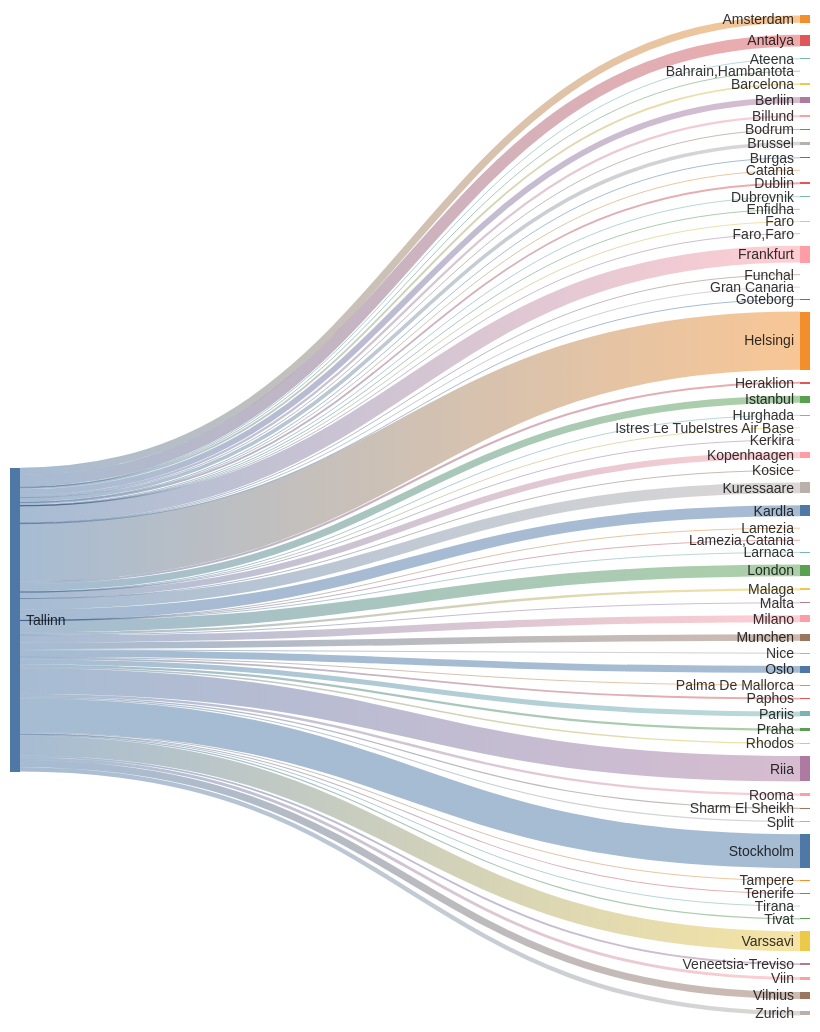
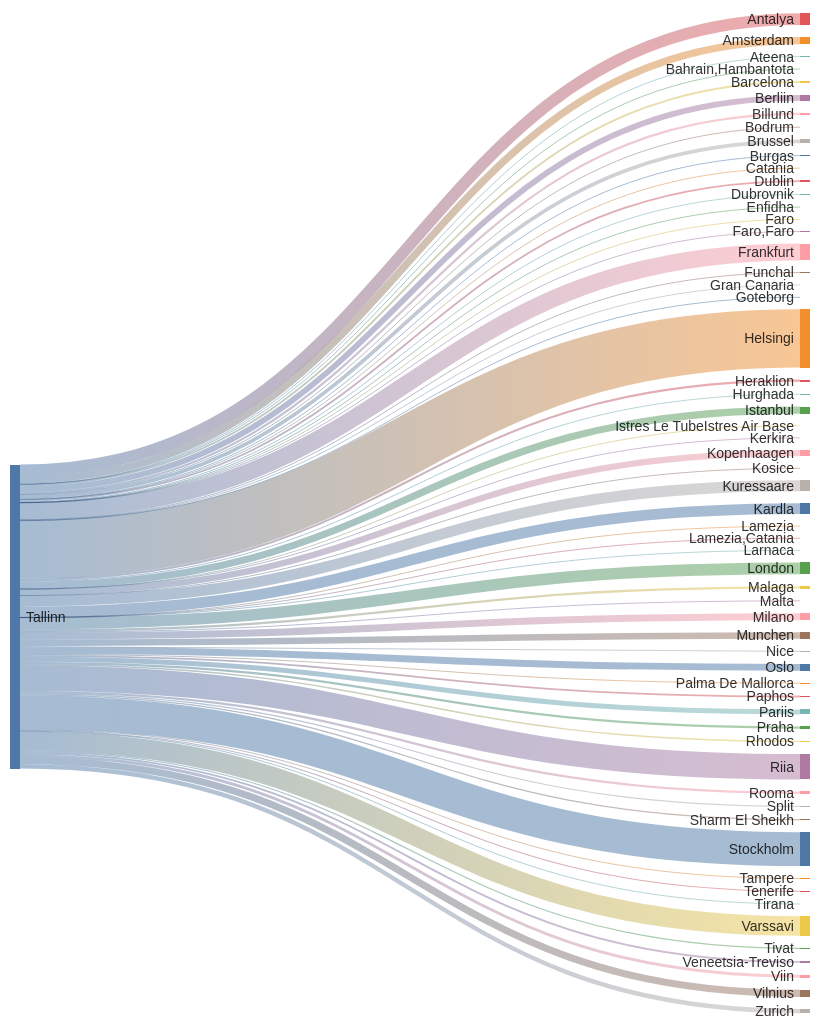
One commit to rainermesi/tll-airport-departures changed the second of 2 diagrams in README.md. Above: the diagram before and after it, drawn with Mermaid. The commit also changed other lines of this file, not shown here.

````diff
--- a/README.md
+++ b/README.md
@@ -34,72 +34,72 @@
 ```mermaid
 ---
 config:
   sankey:
     showValues: false
     width: 800
     height: 1000
 ---
 sankey-beta
 %% source,target,value
-Tallinn,Amsterdam,160
+Tallinn,Amsterdam,162
 Tallinn,Antalya,254
 Tallinn,Ateena,16
 Tallinn,"Bahrain,Hambantota",1
 Tallinn,Barcelona,41
 Tallinn,Berliin,128
 Tallinn,Billund,49
 Tallinn,Bodrum,11
-Tallinn,Brussel,79
+Tallinn,Brussel,80
 Tallinn,Burgas,21
 Tallinn,Catania,2
 Tallinn,Dublin,40
 Tallinn,Dubrovnik,21
 Tallinn,Enfidha,7
 Tallinn,Faro,4
 Tallinn,"Faro,Faro",1
-Tallinn,Frankfurt,368
+Tallinn,Frankfurt,371
 Tallinn,Funchal,5
 Tallinn,Gran Canaria,15
 Tallinn,Goteborg,1
-Tallinn,Helsingi,1268
+Tallinn,Helsingi,1277
 Tallinn,Heraklion,46
 Tallinn,Hurghada,21
-Tallinn,Istanbul,154
+Tallinn,Istanbul,155
 Tallinn,Istres Le TubeIstres Air Base,2
 Tallinn,Kerkira,4
-Tallinn,Kopenhaagen,138
+Tallinn,Kopenhaagen,139
 Tallinn,Kosice,1
-Tallinn,Kuressaare,237
-Tallinn,Kardla,237
+Tallinn,Kuressaare,239
+Tallinn,Kardla,239
 Tallinn,Lamezia,1
 Tallinn,"Lamezia,Catania",3
 Tallinn,Larnaca,4
-Tallinn,London,254
-Tallinn,Malaga,51
+Tallinn,London,256
+Tallinn,Malaga,52
 Tallinn,Malta,15
-Tallinn,Milano,154
+Tallinn,Milano,155
 Tallinn,Munchen,143
 Tallinn,Nice,25
-Tallinn,Oslo,149
+Tallinn,Oslo,150
 Tallinn,Palma De Mallorca,19
 Tallinn,Paphos,39
-Tallinn,Pariis,109
+Tallinn,Pariis,110
 Tallinn,Praha,49
 Tallinn,Rhodos,32
-Tallinn,Riia,553
+Tallinn,Riia,557
 Tallinn,Rooma,52
 Tallinn,Sharm El Sheikh,27
 Tallinn,Split,25
-Tallinn,Stockholm,740
+Tallinn,Stockholm,742
 Tallinn,Tampere,17
 Tallinn,Tenerife,22
 Tallinn,Tirana,8
 Tallinn,Tivat,26
-Tallinn,Varssavi,430
+Tallinn,Varssavi,432
 Tallinn,Veneetsia-Treviso,40
 Tallinn,Viin,63
-Tallinn,Vilnius,155
-Tallinn,Zurich,96
+Tallinn,Vilnius,157
+Tallinn,Zurich,97
 
 
 ```
````
